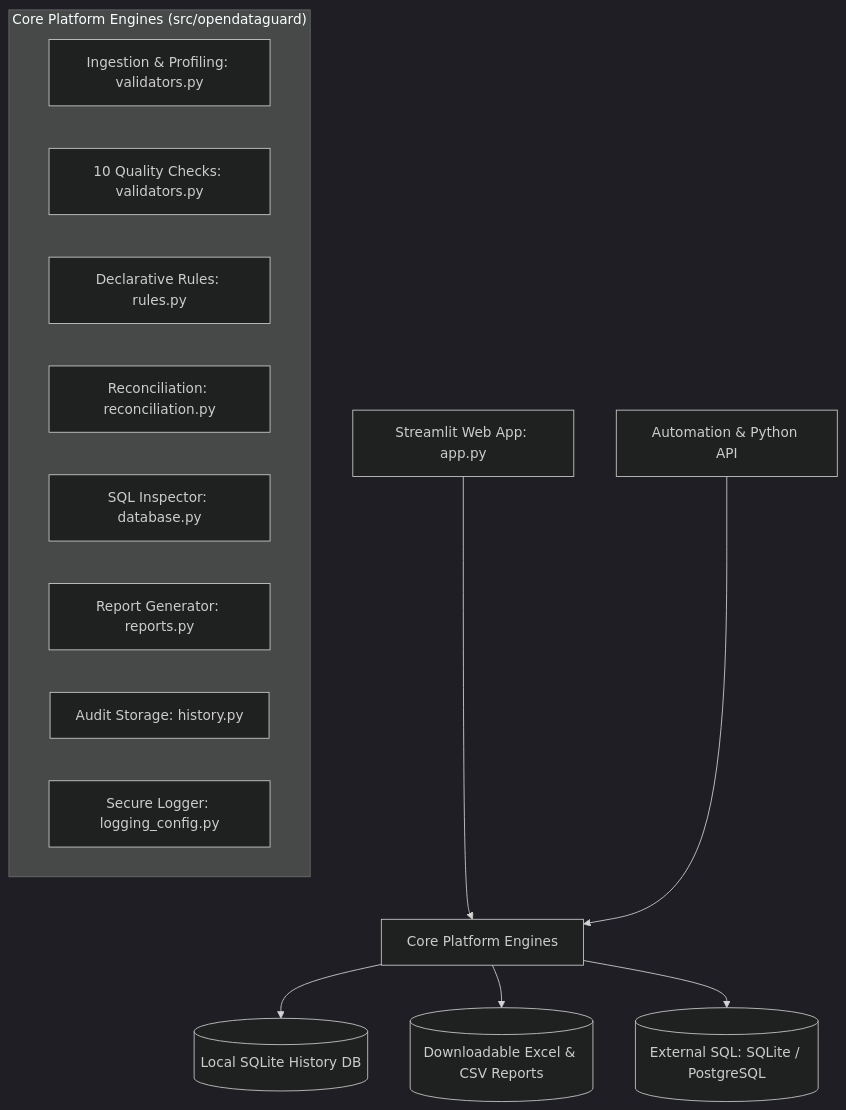
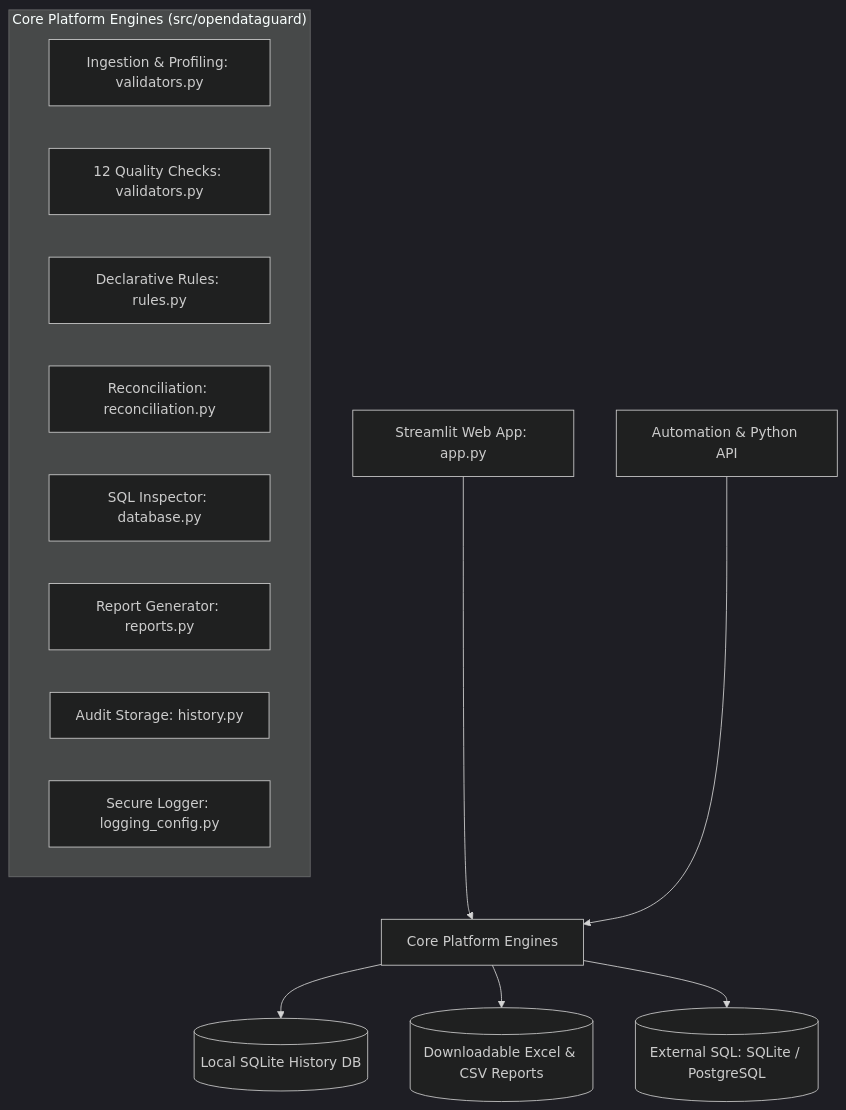
One commit to RushikeshAlase7879/OpenDataGuard changed the diagram in docs/architecture.md. Above: the diagram before and after it, drawn with Mermaid (dark theme). The commit also changed other lines of this file and 13 other files, not shown here.

Commit message:
feat: harden validators with TSV, empty string and chronological checks, add UI AppTest suite, update docs to 79 tests

````diff
--- a/docs/architecture.md
+++ b/docs/architecture.md
@@ -9,20 +9,20 @@
 ```mermaid
 graph TD
     UI[Streamlit Web App: app.py] --> Engine[Core Platform Engines]
     CLI[Automation & Python API] --> Engine
 
     subgraph "Core Platform Engines (src/opendataguard)"
         Ingest[Ingestion & Profiling: validators.py]
-        Validators[10 Quality Checks: validators.py]
+        Validators[12 Quality Checks: validators.py]
         Rules[Declarative Rules: rules.py]
         Reconcile[Reconciliation: reconciliation.py]
         Database[SQL Inspector: database.py]
         Reports[Report Generator: reports.py]
         History[Audit Storage: history.py]
         Logging[Secure Logger: logging_config.py]
     end
 
     Engine --> DataStore[(Local SQLite History DB)]
     Engine --> ExcelCSV[(Downloadable Excel & CSV Reports)]
     Engine --> SQL[(External SQL: SQLite / PostgreSQL)]
 ```
````
